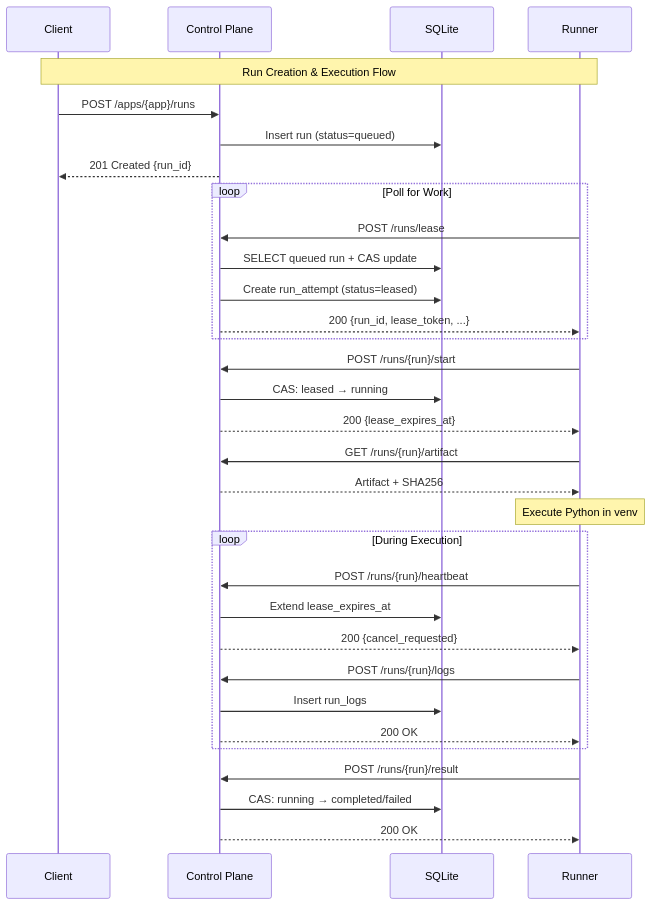
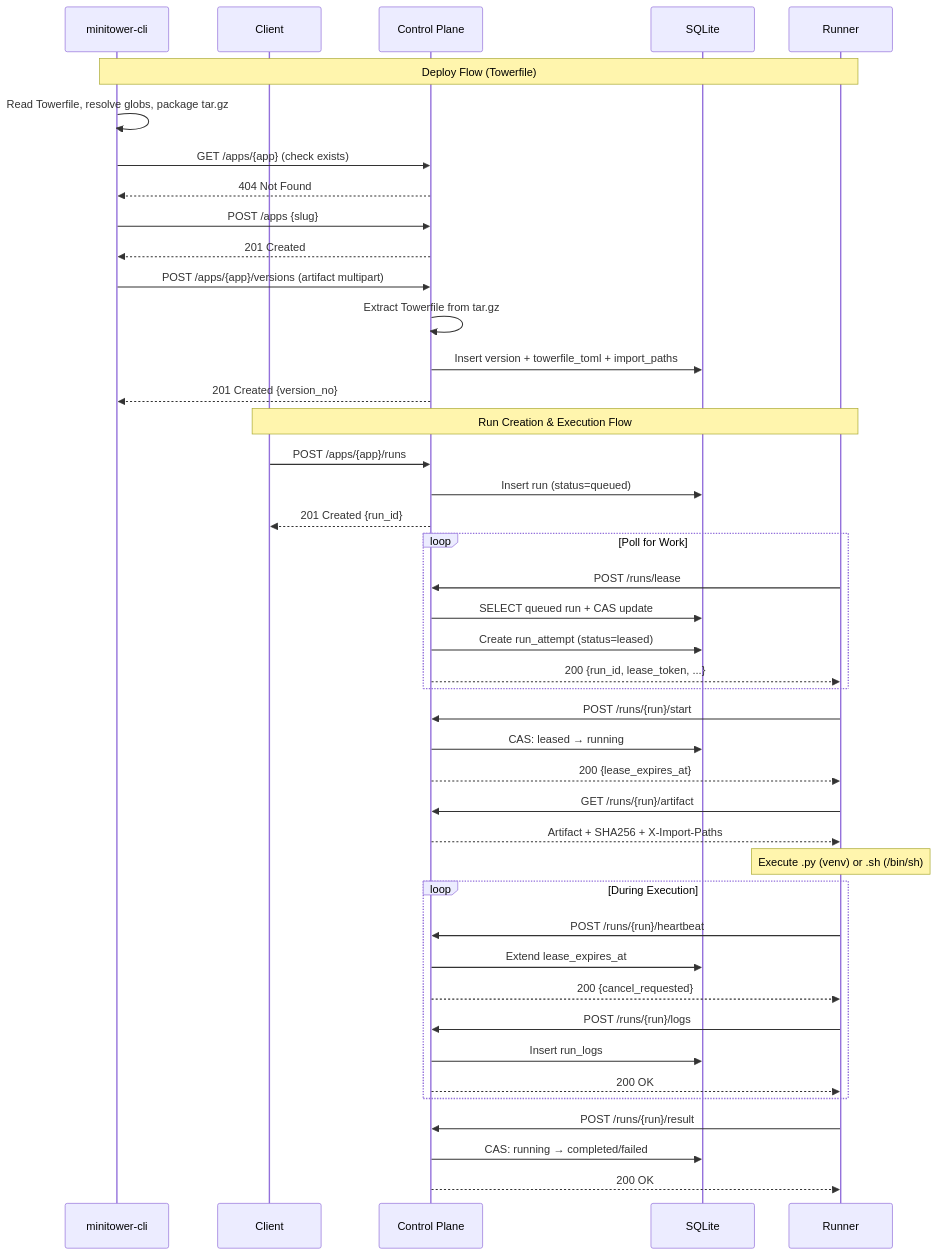
One commit to ryan-h265/mini-tower changed the third of 5 diagrams in docs/architecture.md. Above: the diagram before and after it, drawn with Mermaid. The commit also changed other lines of this file and 1 other file, not shown here.

First line of the commit message:
Update architecture diagrams and docs for Towerfile and frontend

````diff
--- a/docs/architecture.md
+++ b/docs/architecture.md
@@ -126,43 +142,56 @@
 ```mermaid
 sequenceDiagram
+    participant CLI as minitower-cli
     participant C as Client
     participant API as Control Plane
     participant DB as SQLite
     participant R as Runner
+
+    Note over CLI,R: Deploy Flow (Towerfile)
+
+    CLI->>CLI: Read Towerfile, resolve globs, package tar.gz
+    CLI->>API: GET /apps/{app} (check exists)
+    API-->>CLI: 404 Not Found
+    CLI->>API: POST /apps {slug}
+    API-->>CLI: 201 Created
+    CLI->>API: POST /apps/{app}/versions (artifact multipart)
+    API->>API: Extract Towerfile from tar.gz
+    API->>DB: Insert version + towerfile_toml + import_paths
+    API-->>CLI: 201 Created {version_no}
 
     Note over C,R: Run Creation & Execution Flow
 
     C->>API: POST /apps/{app}/runs
     API->>DB: Insert run (status=queued)
     API-->>C: 201 Created {run_id}
 
     loop Poll for Work
         R->>API: POST /runs/lease
         API->>DB: SELECT queued run + CAS update
         API->>DB: Create run_attempt (status=leased)
         API-->>R: 200 {run_id, lease_token, ...}
     end
 
     R->>API: POST /runs/{run}/start
     API->>DB: CAS: leased → running
     API-->>R: 200 {lease_expires_at}
 
     R->>API: GET /runs/{run}/artifact
-    API-->>R: Artifact + SHA256
+    API-->>R: Artifact + SHA256 + X-Import-Paths
 
-    Note over R: Execute Python in venv
+    Note over R: Execute .py (venv) or .sh (/bin/sh)
 
     loop During Execution
         R->>API: POST /runs/{run}/heartbeat
         API->>DB: Extend lease_expires_at
         API-->>R: 200 {cancel_requested}
 
         R->>API: POST /runs/{run}/logs
         API->>DB: Insert run_logs
         API-->>R: 200 OK
     end
 
     R->>API: POST /runs/{run}/result
     API->>DB: CAS: running → completed/failed
     API-->>R: 200 OK
 ```
````
